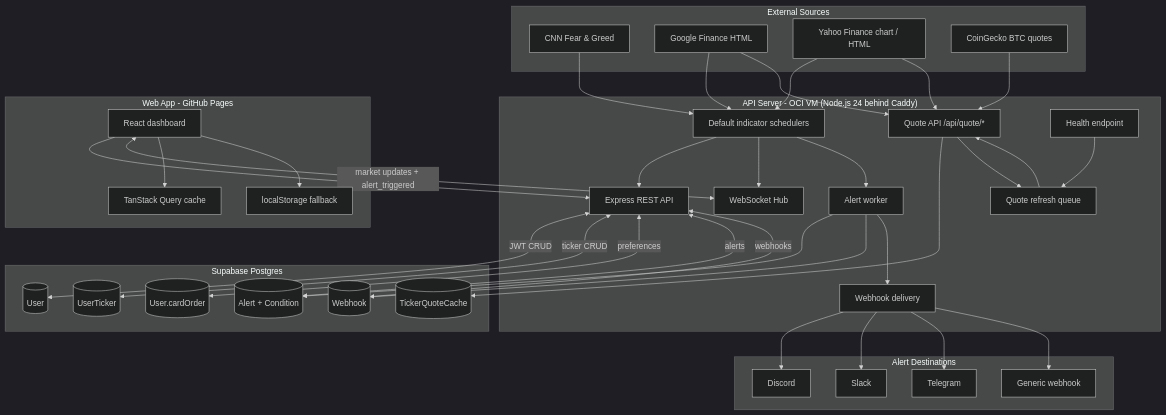
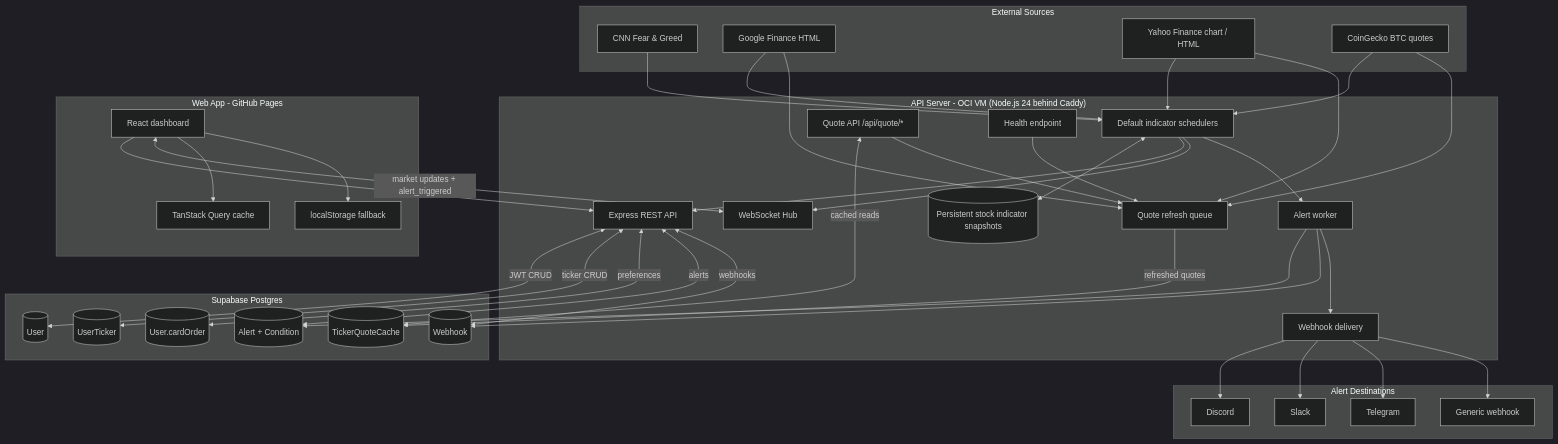
Before and after one commit to itswcl/fg-index: the diagram in README.md, drawn with Mermaid (dark theme). The commit also changed other lines of this file, not shown here.

````diff
--- a/README.md
+++ b/README.md
@@ -67,75 +72,78 @@
 ```mermaid
 graph TD
     subgraph Sources["External Sources"]
         CNN["CNN Fear & Greed"]
         GOOG["Google Finance HTML"]
         YHOO["Yahoo Finance chart / HTML"]
         CG["CoinGecko BTC quotes"]
     end
 
     subgraph Backend["API Server - OCI VM (Node.js 24 behind Caddy)"]
         API["Express REST API"]
         WS["WebSocket Hub"]
         SCHED["Default indicator schedulers"]
+        SNAP[("Persistent stock indicator snapshots")]
         QAPI["Quote API /api/quote/*"]
         QQUEUE["Quote refresh queue"]
         ALERTS["Alert worker"]
         DELIVERY["Webhook delivery"]
         HEALTH["Health endpoint"]
     end
 
     subgraph DB["Supabase Postgres"]
         USERS[("User")]
         USER_TICKERS[("UserTicker")]
         QUOTE_CACHE[("TickerQuoteCache")]
         ALERT_ROWS[("Alert + Condition")]
         WEBHOOK_ROWS[("Webhook")]
         PREFS[("User.cardOrder")]
     end
 
     subgraph Client["Web App - GitHub Pages"]
         WEB["React dashboard"]
         RQ["TanStack Query cache"]
         LS["localStorage fallback"]
     end
 
     subgraph Destinations["Alert Destinations"]
         DISCORD["Discord"]
         SLACK["Slack"]
         TG["Telegram"]
         GENERIC["Generic webhook"]
     end
 
     CNN --> SCHED
     GOOG --> SCHED
     YHOO --> SCHED
-    GOOG --> QAPI
-    YHOO --> QAPI
-    CG --> QAPI
+    GOOG --> QQUEUE
+    YHOO --> QQUEUE
+    CG --> SCHED
+    CG --> QQUEUE
 
+    SCHED <--> SNAP
     SCHED --> API
     SCHED --> WS
     SCHED --> ALERTS
-    QAPI --> QUOTE_CACHE
+    QAPI <-->|"cached reads"| QUOTE_CACHE
     QAPI --> QQUEUE
-    QQUEUE --> QAPI
+    QQUEUE -->|"refreshed quotes"| QUOTE_CACHE
     HEALTH --> QQUEUE
 
     WEB --> API
     WEB <-->|"market updates + alert_triggered"| WS
     WEB --> RQ
     WEB --> LS
 
     API <-->|"JWT CRUD"| USERS
     API <-->|"ticker CRUD"| USER_TICKERS
     API <-->|"preferences"| PREFS
     API <-->|"alerts"| ALERT_ROWS
     API <-->|"webhooks"| WEBHOOK_ROWS
     ALERTS --> ALERT_ROWS
     ALERTS --> WEBHOOK_ROWS
     ALERTS --> DELIVERY
     DELIVERY --> DISCORD
     DELIVERY --> SLACK
     DELIVERY --> TG
     DELIVERY --> GENERIC
 ```
````
